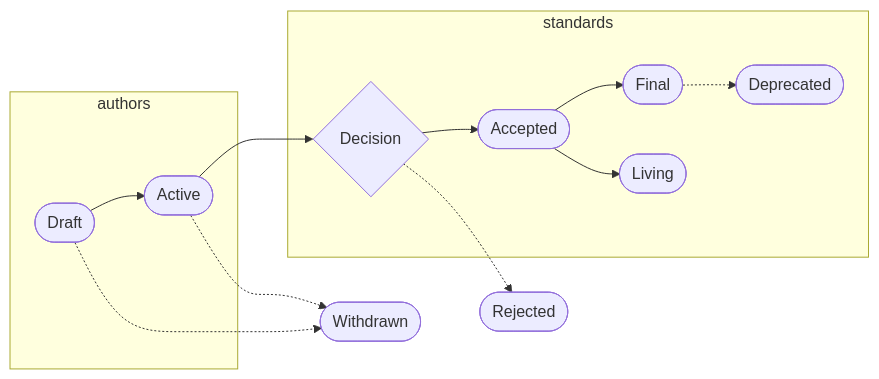
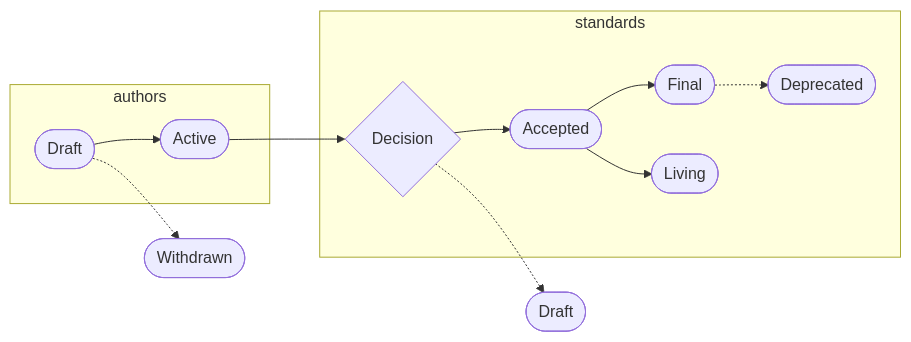
Before and after one commit to AleoNet/ARCs: the diagram in arc-0001/README.md, drawn with Mermaid. The commit also changed other lines of this file and 12 other files, not shown here.

````diff
--- a/arc-0001/README.md
+++ b/arc-0001/README.md
@@ -25,22 +30,21 @@
 ```mermaid
 graph LR
     subgraph authors
         draft([Draft]) --> active([Active])
     end
 
     draft([Draft]) -.-> withdrawn([Withdrawn])
-    active([Active]) -.-> withdrawn([Withdrawn])
     
     subgraph standards
         active([Active]) --> decision{Decision}
         decision{Decision} --> accepted([Accepted])
     end
     
-    decision{Decision} -.-> rejected([Rejected])
+    decision{Decision} -.-> rejected([Draft])
 
     subgraph standards
         accepted([Accepted]) --> final([Final])
         accepted([Accepted]) --> living([Living])
         final([Final]) -.-> deprecated([Deprecated])
     end
 ```
````
